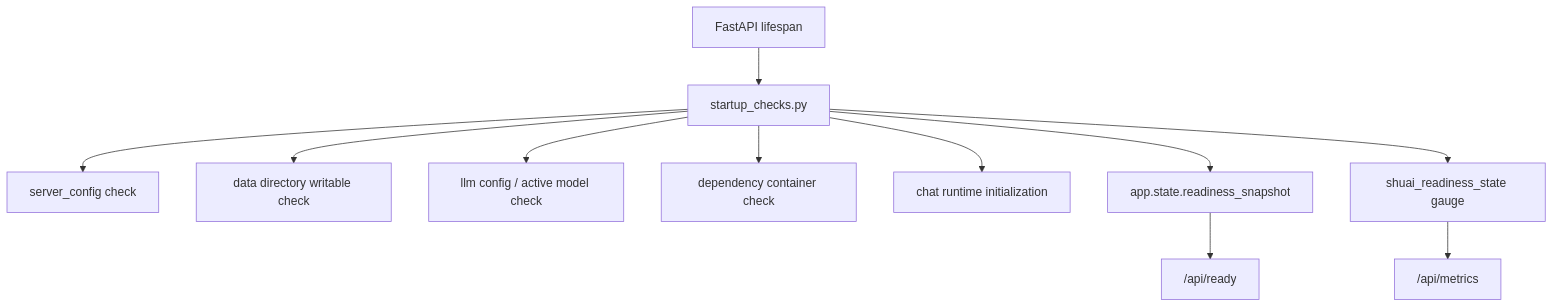
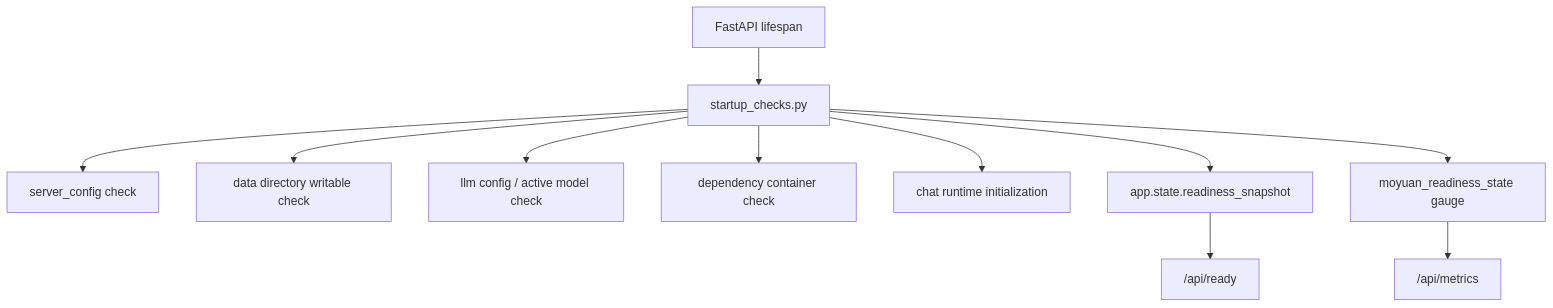
One commit to woodmeone/BitBlanket-Travel-Agent changed the second of 2 diagrams in docs/architecture/system-architecture.md. Above: the diagram before and after it, drawn with Mermaid. The commit also changed other lines of this file and 57 other files, not shown here.

Commit message:
chore(repo): rename shuai references to moyuan

````diff
--- a/docs/architecture/system-architecture.md
+++ b/docs/architecture/system-architecture.md
@@ -136,13 +136,13 @@
 ```mermaid
 flowchart TD
     A["FastAPI lifespan"] --> B["startup_checks.py"]
     B --> C["server_config check"]
     B --> D["data directory writable check"]
     B --> E["llm config / active model check"]
     B --> F["dependency container check"]
     B --> G["chat runtime initialization"]
     B --> H["app.state.readiness_snapshot"]
-    B --> I["shuai_readiness_state gauge"]
+    B --> I["moyuan_readiness_state gauge"]
     H --> J["/api/ready"]
     I --> K["/api/metrics"]
 ```
````
